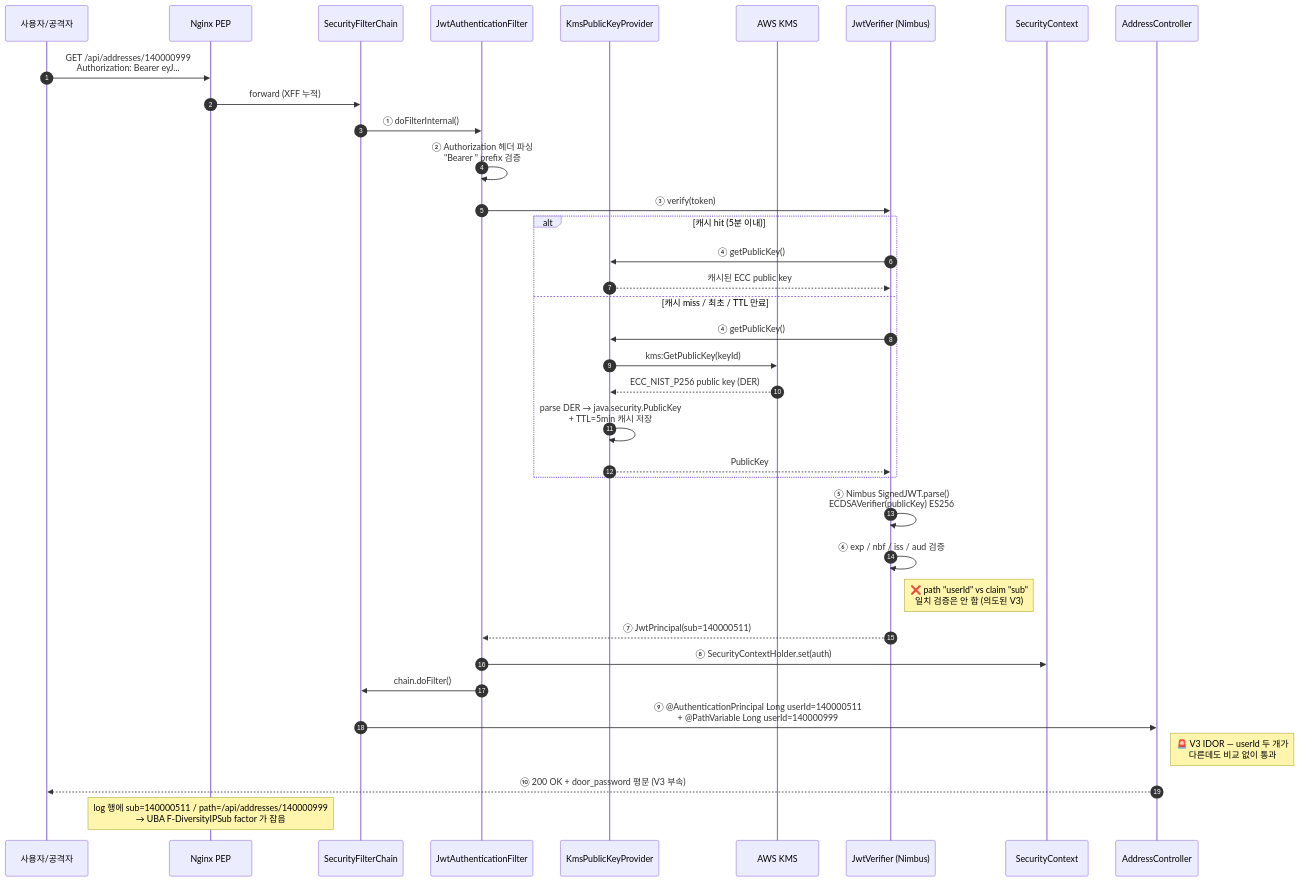
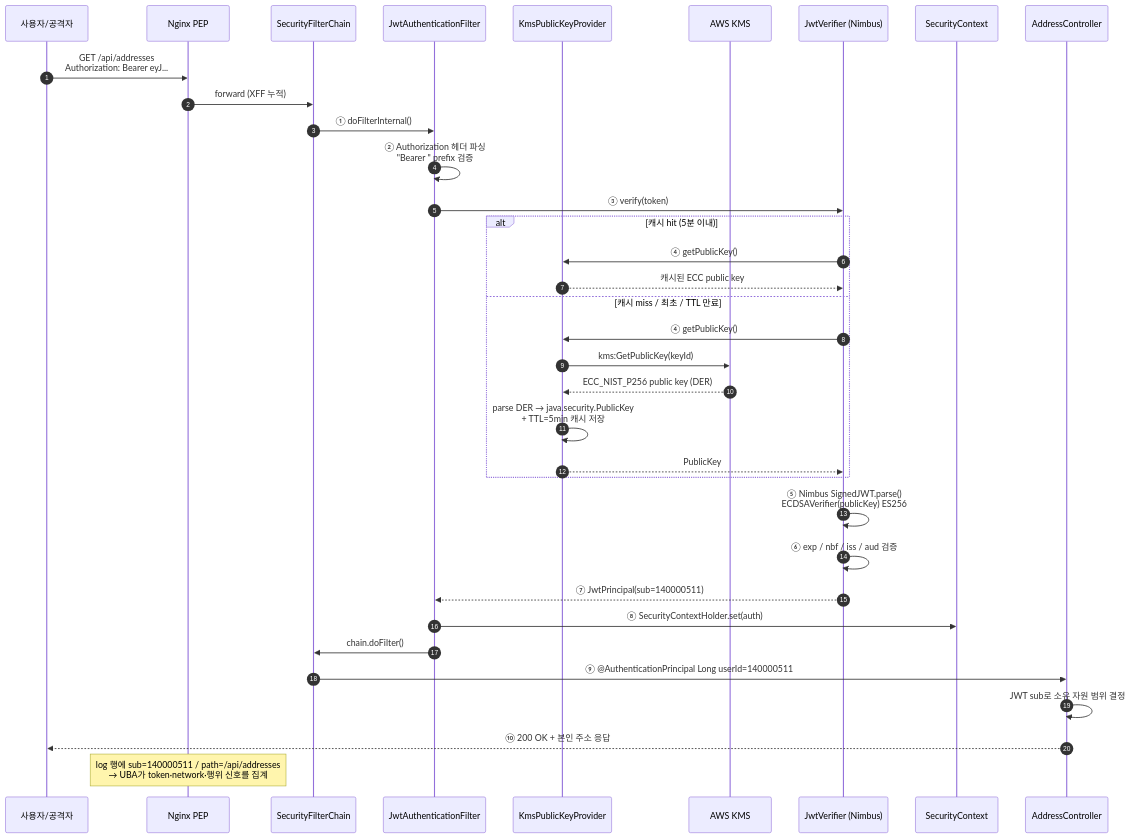
One commit to ZETTY-ZEROTRUST/backend changed the fifth of 5 diagrams in README.md. Above: the diagram before and after it, drawn with Mermaid. The commit also changed other lines of this file, not shown here.

Commit message:
docs(backend): 자기 자원 API 계약 반영

````diff
--- a/README.md
+++ b/README.md
@@ -163,43 +166,41 @@
 ```mermaid
 sequenceDiagram
     autonumber
     participant U as 사용자/공격자
     participant NGX as Nginx PEP
     participant SF as SecurityFilterChain
     participant JAF as JwtAuthenticationFilter
     participant KPP as KmsPublicKeyProvider
     participant KMS as AWS KMS
     participant JV as JwtVerifier (Nimbus)
     participant SC as SecurityContext
     participant CTRL as AddressController
 
-    U->>NGX: GET /api/addresses/140000999<br/>Authorization: Bearer eyJ...
+    U->>NGX: GET /api/addresses<br/>Authorization: Bearer eyJ...
     NGX->>SF: forward (XFF 누적)
     SF->>JAF: ① doFilterInternal()
     JAF->>JAF: ② Authorization 헤더 파싱<br/>"Bearer " prefix 검증
     JAF->>JV: ③ verify(token)
 
     alt 캐시 hit (5분 이내)
         JV->>KPP: ④ getPublicKey()
         KPP-->>JV: 캐시된 ECC public key
     else 캐시 miss / 최초 / TTL 만료
         JV->>KPP: ④ getPublicKey()
         KPP->>KMS: kms:GetPublicKey(keyId)
         KMS-->>KPP: ECC_NIST_P256 public key (DER)
         KPP->>KPP: parse DER → java.security.PublicKey<br/>+ TTL=5min 캐시 저장
         KPP-->>JV: PublicKey
     end
 
     JV->>JV: ⑤ Nimbus SignedJWT.parse()<br/>ECDSAVerifier(publicKey) ES256
     JV->>JV: ⑥ exp / nbf / iss / aud 검증
-    Note right of JV: ❌ path "userId" vs claim "sub"<br/>일치 검증은 안 함 (의도된 V3)
-
     JV-->>JAF: ⑦ JwtPrincipal(sub=140000511)
     JAF->>SC: ⑧ SecurityContextHolder.set(auth)
     JAF->>SF: chain.doFilter()
-    SF->>CTRL: ⑨ @AuthenticationPrincipal Long userId=140000511<br/>+ @PathVariable Long userId=140000999
-    Note right of CTRL: 🚨 V3 IDOR — userId 두 개가<br/>다른데도 비교 없이 통과
-    CTRL-->>U: ⑩ 200 OK + door_password 평문 (V3 부속)
+    SF->>CTRL: ⑨ @AuthenticationPrincipal Long userId=140000511
+    CTRL->>CTRL: JWT sub로 소유 자원 범위 결정
+    CTRL-->>U: ⑩ 200 OK + 본인 주소 응답
 
-    Note over NGX: log 행에 sub=140000511 / path=/api/addresses/140000999<br/>→ UBA F-DiversityIPSub factor 가 잡음
+    Note over NGX: log 행에 sub=140000511 / path=/api/addresses<br/>→ UBA가 token·network·행위 신호를 집계
 ```
````
